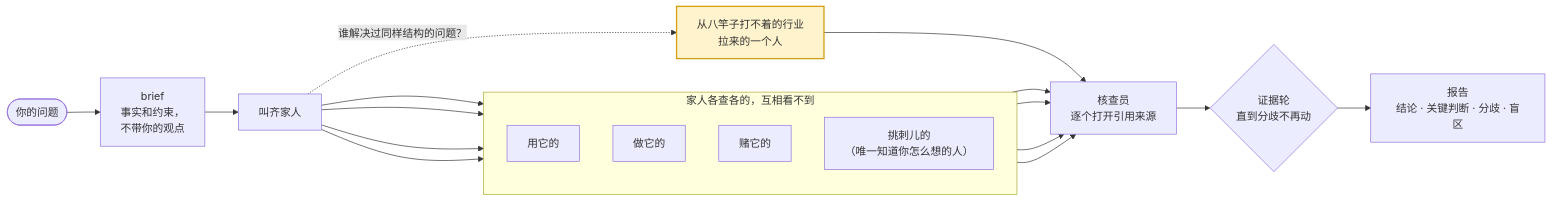
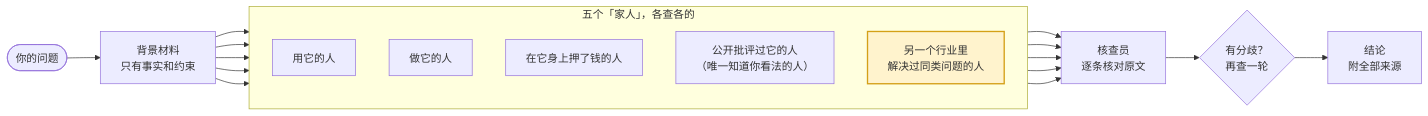
Before and after one commit to xhyumiracle/family-skill: the diagram in README.zh-CN.md, drawn with Mermaid. The commit also changed other lines of this file and 5 other files, not shown here.

````diff
--- a/README.zh-CN.md
+++ b/README.zh-CN.md
@@ -92,19 +72,17 @@
 ```mermaid
 flowchart LR
-  Q([你的问题]) --> B["brief<br/>事实和约束，<br/>不带你的观点"]
-  B --> C["叫齐家人"]
-  subgraph crew ["家人各查各的，互相看不到"]
+  Q([你的问题]) --> B["背景材料<br/>只有事实和约束"]
+  subgraph crew ["五个「家人」，各查各的"]
     direction TB
-    S1["用它的"]
-    S2["做它的"]
-    S3["赌它的"]
-    S4["挑刺儿的<br/>（唯一知道你怎么想的人）"]
+    S1["用它的人"]
+    S2["做它的人"]
+    S3["在它身上押了钱的人"]
+    S4["公开批评过它的人<br/>（唯一知道你看法的人）"]
+    O["另一个行业里<br/>解决过同类问题的人"]:::far
   end
-  O["从八竿子打不着的行业<br/>拉来的一个人"]:::far
-  C --> S1 & S2 & S3 & S4
-  C -. "谁解决过同样结构的问题？" .-> O
-  S1 & S2 & S3 & S4 & O --> V["核查员<br/>逐个打开引用来源"]
-  V --> E{"证据轮<br/>直到分歧不再动"}
-  E --> R["报告<br/>结论 · 关键判断 · 分歧 · 盲区"]
+  B --> S1 & S2 & S3 & S4 & O
+  S1 & S2 & S3 & S4 & O --> V["核查员<br/>逐条核对原文"]
+  V --> E{"有分歧？<br/>再查一轮"}
+  E --> R["结论<br/>附全部来源"]
   classDef far fill:#fff3cd,stroke:#d4a017,stroke-width:2px
 ```
````
